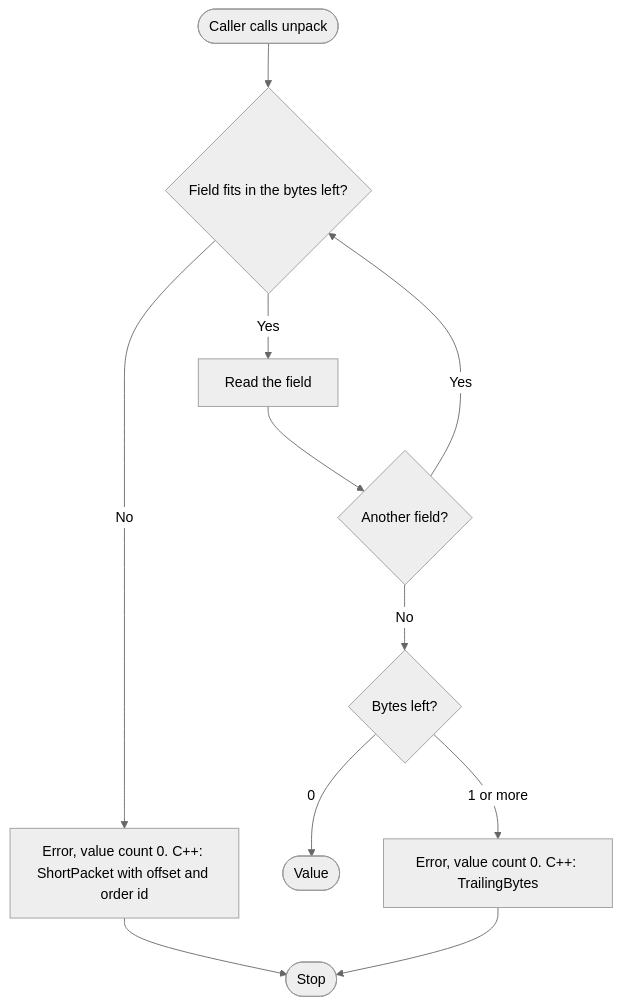
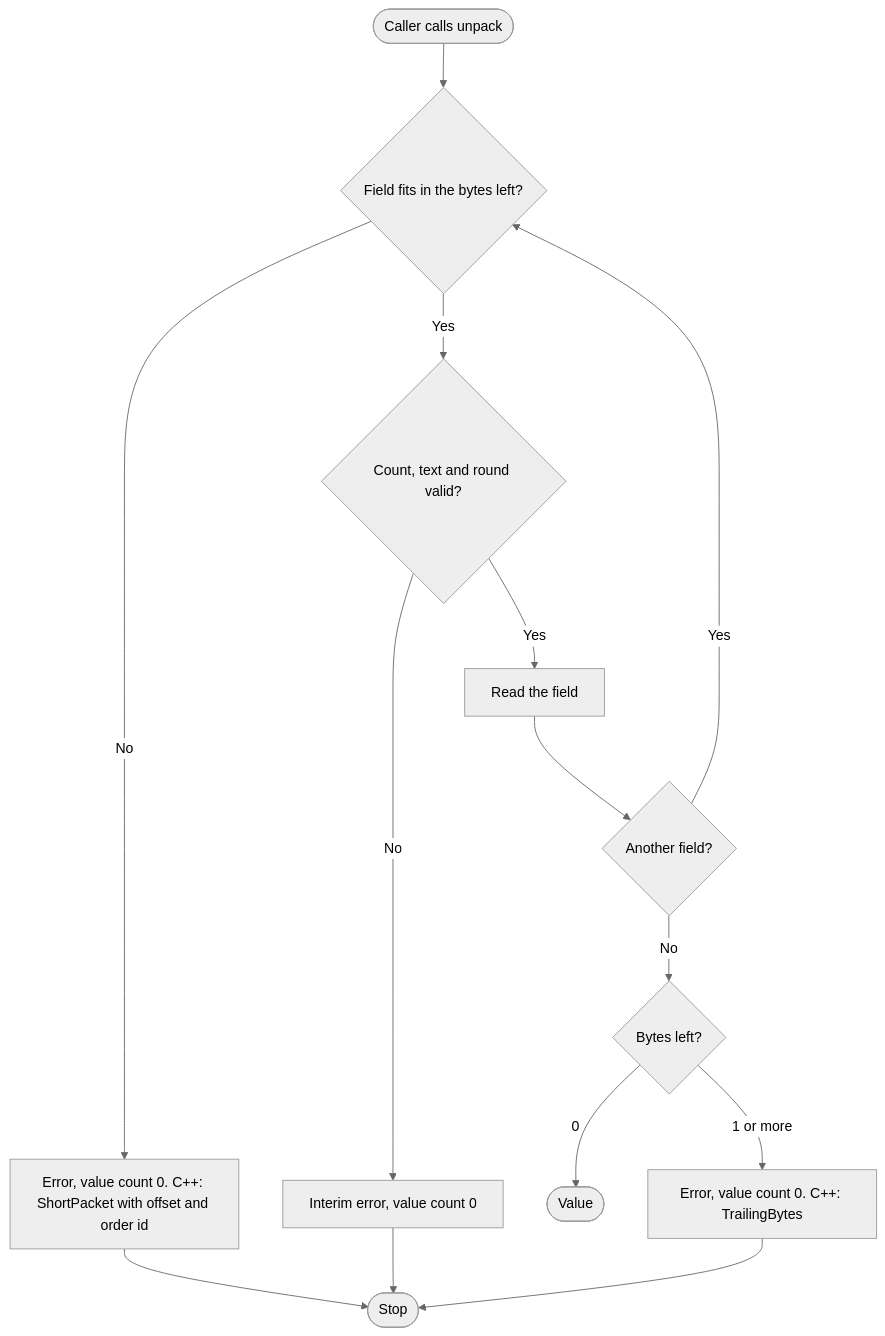
Before and after one commit to zxsanny/packbin: the fourth of 6 diagrams in _docs/02_document/system-flows.md, drawn with Mermaid (neutral theme). The commit also changed other lines of this file and 40 other files, not shown here.

````diff
--- a/_docs/02_document/system-flows.md
+++ b/_docs/02_document/system-flows.md
@@ -96,13 +96,16 @@
 ```mermaid
 flowchart TD
     Start([Caller calls unpack]) --> Enough{Field fits in the bytes left?}
-    Enough -->|Yes| Next[Read the field]
+    Enough -->|Yes| Valid{Count, text and round valid?}
     Enough -->|No| Short[Error, value count 0. C++: ShortPacket with offset and order id]
+    Valid -->|Yes| Next[Read the field]
+    Valid -->|No| Bad[Interim error, value count 0]
     Next --> More{Another field?}
     More -->|Yes| Enough
     More -->|No| Tail{Bytes left?}
     Tail -->|0| Ok([Value])
     Tail -->|1 or more| Trail[Error, value count 0. C++: TrailingBytes]
     Short --> EndNode([Stop])
+    Bad --> EndNode
     Trail --> EndNode
 ```
````
